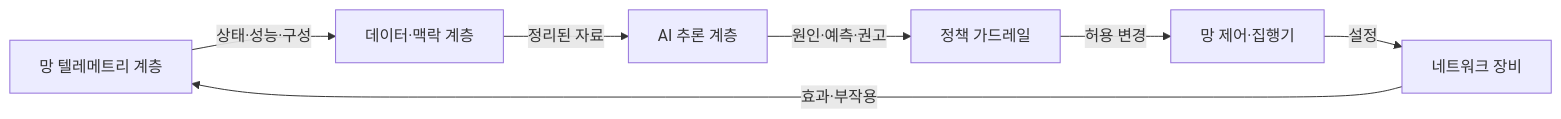
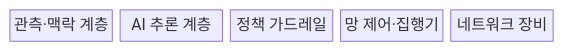
Before and after one commit to agnusdei1207/knowledge-base: the first of 2 diagrams in src/content/docs/notes/04-network/098_ai_native_networking.md, drawn with Mermaid. The commit also changed other lines of this file and 21 other files, not shown here.

````diff
--- a/src/content/docs/notes/04-network/098_ai_native_networking.md
+++ b/src/content/docs/notes/04-network/098_ai_native_networking.md
@@ -54,9 +53,9 @@
 ```mermaid
-flowchart LR
-    A["망 텔레메트리 계층"] -->|상태·성능·구성| B["데이터·맥락 계층"]
-    B -->|정리된 자료| C["AI 추론 계층"]
-    C -->|원인·예측·권고| D["정책 가드레일"]
-    D -->|허용 변경| E["망 제어·집행기"]
-    E -->|설정| F["네트워크 장비"]
-    F -->|효과·부작용| A
+block-beta
+    columns 5
+    A["관측·맥락 계층"]
+    B["AI 추론 계층"]
+    C["정책 가드레일"]
+    D["망 제어·집행기"]
+    E["네트워크 장비"]
 ```
````
